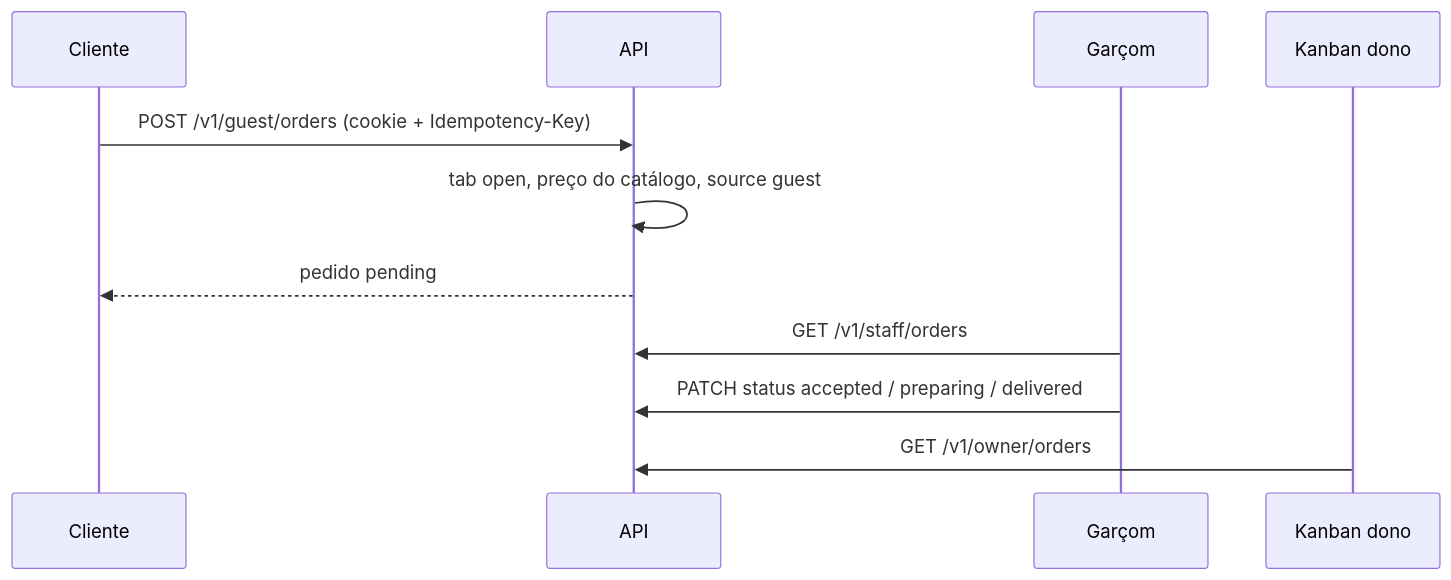
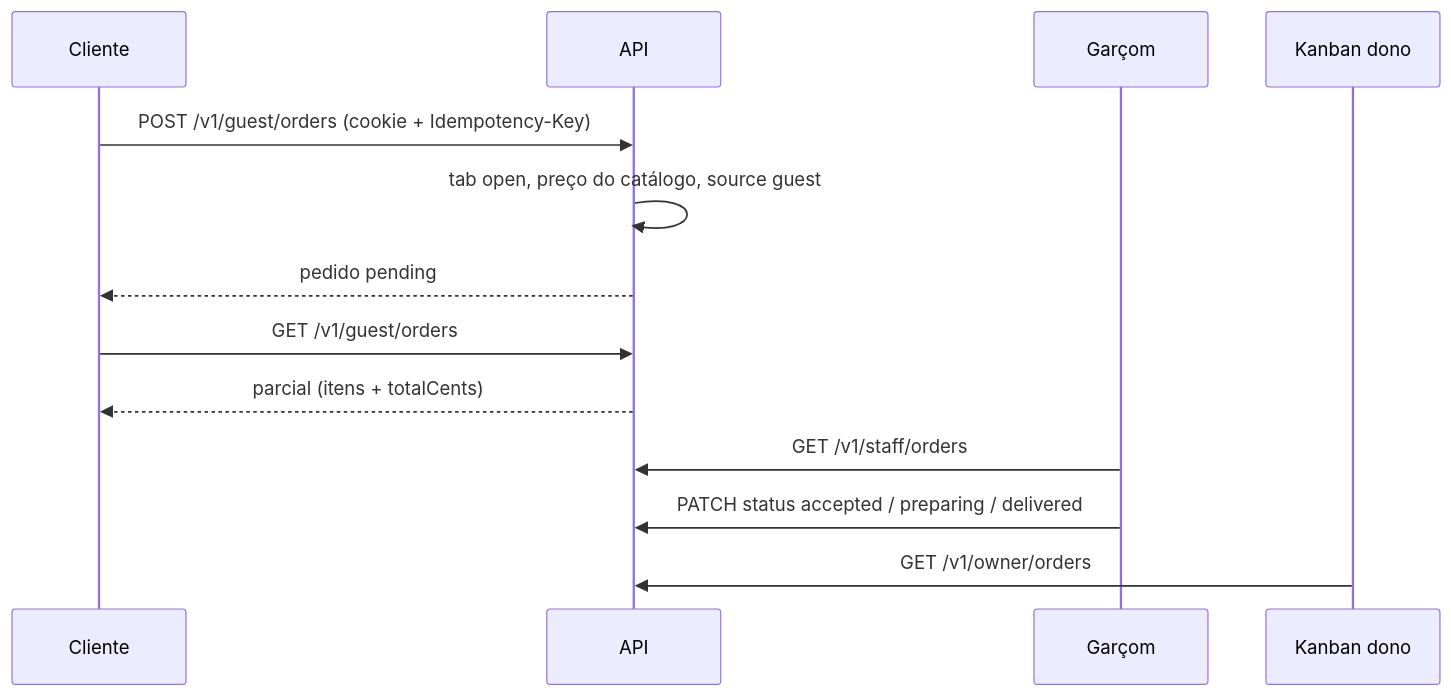
The sixth of 6 diagrams in docs/product/fluxos.md (filiperamosds/eaimesa), drawn with Mermaid before and after one commit. The commit also changed other lines of this file and 18 other files, not shown here.

````diff
--- a/docs/product/fluxos.md
+++ b/docs/product/fluxos.md
@@ -128,14 +128,16 @@
 ```mermaid
 sequenceDiagram
   participant C as Cliente
   participant API as API
   participant G as Garçom
   participant K as Kanban dono
 
   C->>API: POST /v1/guest/orders (cookie + Idempotency-Key)
   API->>API: tab open, preço do catálogo, source guest
   API-->>C: pedido pending
+  C->>API: GET /v1/guest/orders
+  API-->>C: parcial (itens + totalCents)
   G->>API: GET /v1/staff/orders
   G->>API: PATCH status accepted / preparing / delivered
   K->>API: GET /v1/owner/orders
 ```
````
